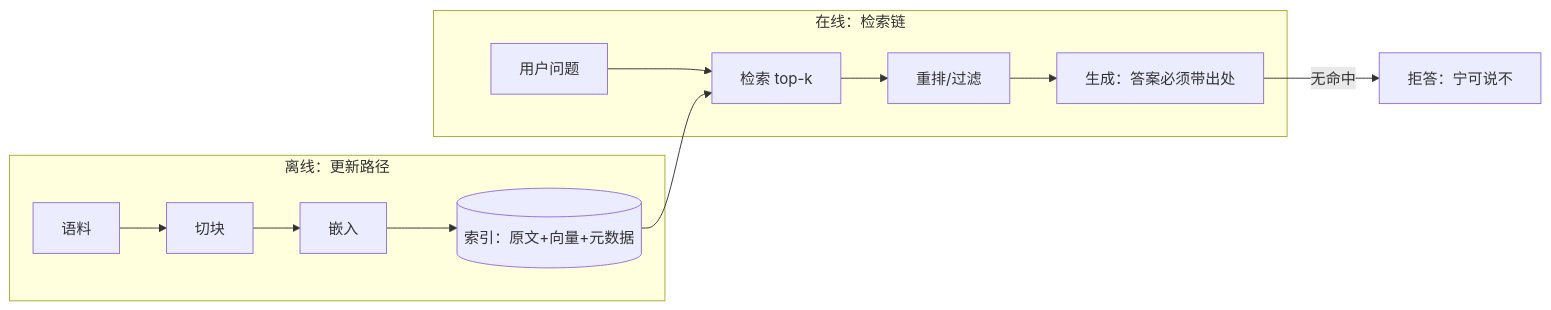
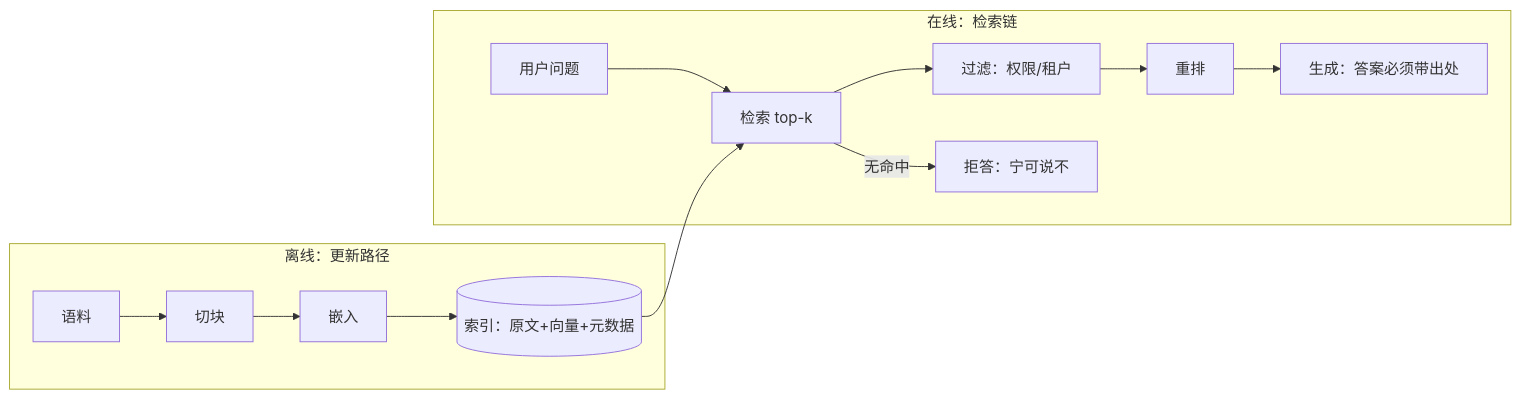
The diagram in docs/zh/tech/04-grounding/index.md (zenHeart/learn-ai), drawn with Mermaid before and after one commit. The commit also changed other lines of this file and 67 other files, not shown here.

````diff
--- a/docs/zh/tech/04-grounding/index.md
+++ b/docs/zh/tech/04-grounding/index.md
@@ -35,11 +35,11 @@
 ```mermaid
 flowchart LR
     subgraph 离线管道["离线：更新路径"]
         A[语料] --> B[切块] --> C[嵌入] --> D[(索引：原文+向量+元数据)]
     end
     subgraph 在线链路["在线：检索链"]
-        Q[用户问题] --> E[检索 top-k] --> F[重排/过滤] --> G[生成：答案必须带出处]
+        Q[用户问题] --> E[检索 top-k] --> F[过滤：权限/租户] --> G[重排] --> H[生成：答案必须带出处]
+        E -->|无命中| R[拒答：宁可说不]
     end
     D --> E
-    G -->|无命中| R[拒答：宁可说不]
 ```
````
